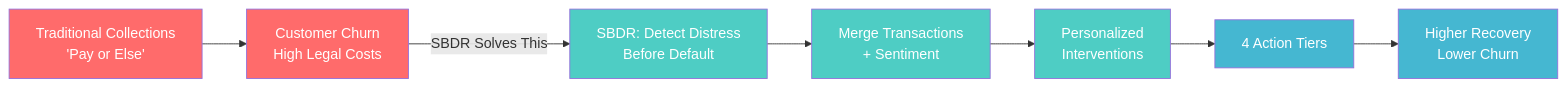
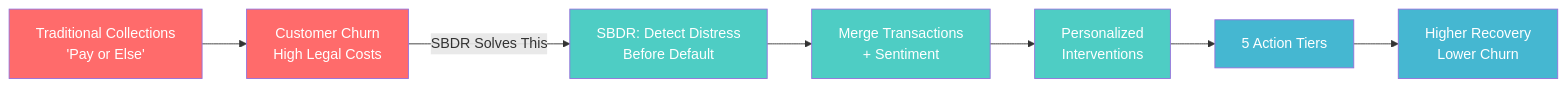
The first of 16 diagrams in docs/4. Visual Rep.md (RajdeepOfGithub/SBDR), drawn with Mermaid before and after one commit. The commit also changed other lines of this file and 1 other file, not shown here.

Commit message:
vault backup: 2026-02-22 19:26:00

````diff
--- a/docs/4. Visual Rep.md
+++ b/docs/4. Visual Rep.md
@@ -9,25 +9,25 @@
 ```mermaid
 flowchart LR
     P1["Traditional Collections\n'Pay or Else'"]
     P2["Customer Churn\nHigh Legal Costs"]
     S1["SBDR: Detect Distress\nBefore Default"]
     S2["Merge Transactions\n+ Sentiment"]
     S3["Personalized\nInterventions"]
-    O1["4 Action Tiers"]
+    O1["5 Action Tiers"]
     O2["Higher Recovery\nLower Churn"]
 
     P1 --> P2
     P2 -->|"SBDR Solves This"| S1
     S1 --> S2
     S2 --> S3
     S3 --> O1
     O1 --> O2
 
     style P1 fill:#ff6b6b,color:#fff
     style P2 fill:#ff6b6b,color:#fff
     style S1 fill:#4ecdc4,color:#fff
     style S2 fill:#4ecdc4,color:#fff
     style S3 fill:#4ecdc4,color:#fff
     style O1 fill:#45b7d1,color:#fff
     style O2 fill:#45b7d1,color:#fff
 ```
````
